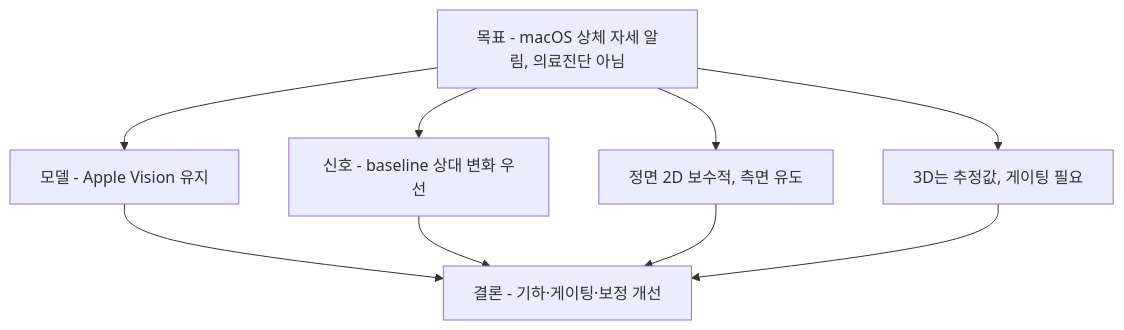
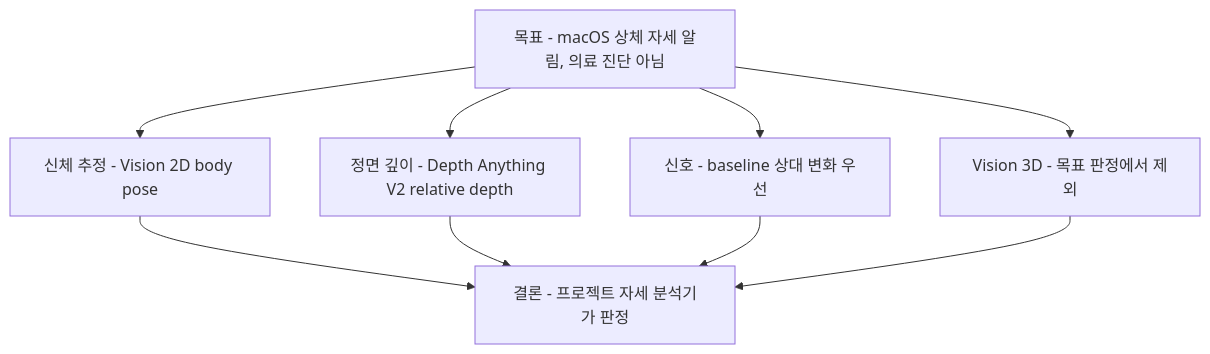
One commit to kimchanhyung98/turtlemeck changed the diagram in docs/algorithm/pose-estimation/README.md. Above: the diagram before and after it, drawn with Mermaid. The commit also changed other lines of this file and 40 other files, not shown here.

````diff
--- a/docs/algorithm/pose-estimation/README.md
+++ b/docs/algorithm/pose-estimation/README.md
@@ -5,12 +16,12 @@
 ```mermaid
 flowchart TD
-    G["목표 - macOS 상체 자세 알림, 의료진단 아님"]
-    G --> M["모델 - Apple Vision 유지"]
+    G["목표 - macOS 상체 자세 알림, 의료 진단 아님"]
+    G --> D["정면 깊이 - Depth Anything V2 relative depth"]
+    G --> M["신체 추정 - Vision 2D body pose"]
     G --> S["신호 - baseline 상대 변화 우선"]
-    G --> F["정면 2D 보수적, 측면 유도"]
-    G --> D["3D는 추정값, 게이팅 필요"]
-    M --> C["결론 - 기하·게이팅·보정 개선"]
+    G --> P3["Vision 3D - 목표 판정에서 제외"]
+    M --> C["결론 - 프로젝트 자세 분석기가 판정"]
+    D --> C
     S --> C
-    F --> C
-    D --> C
+    P3 --> C
 ```
````
